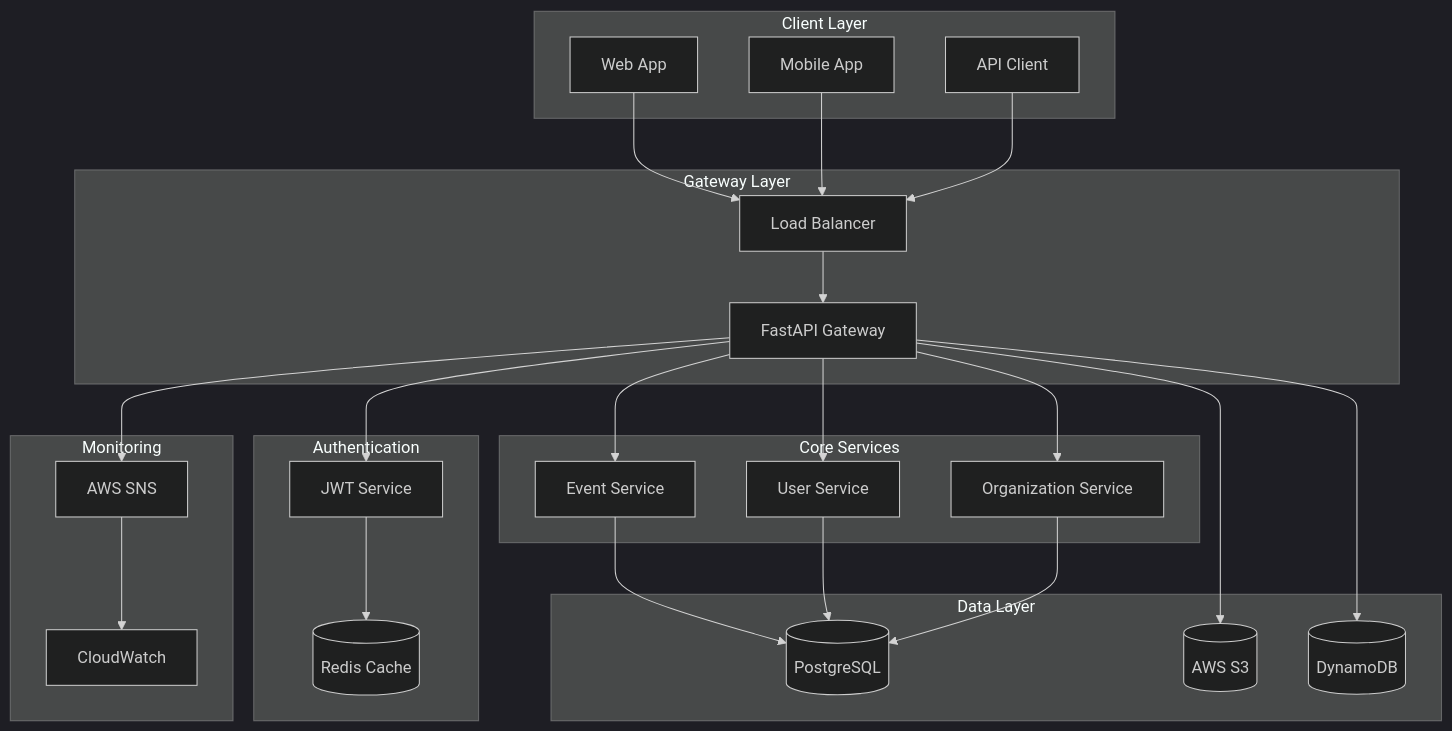
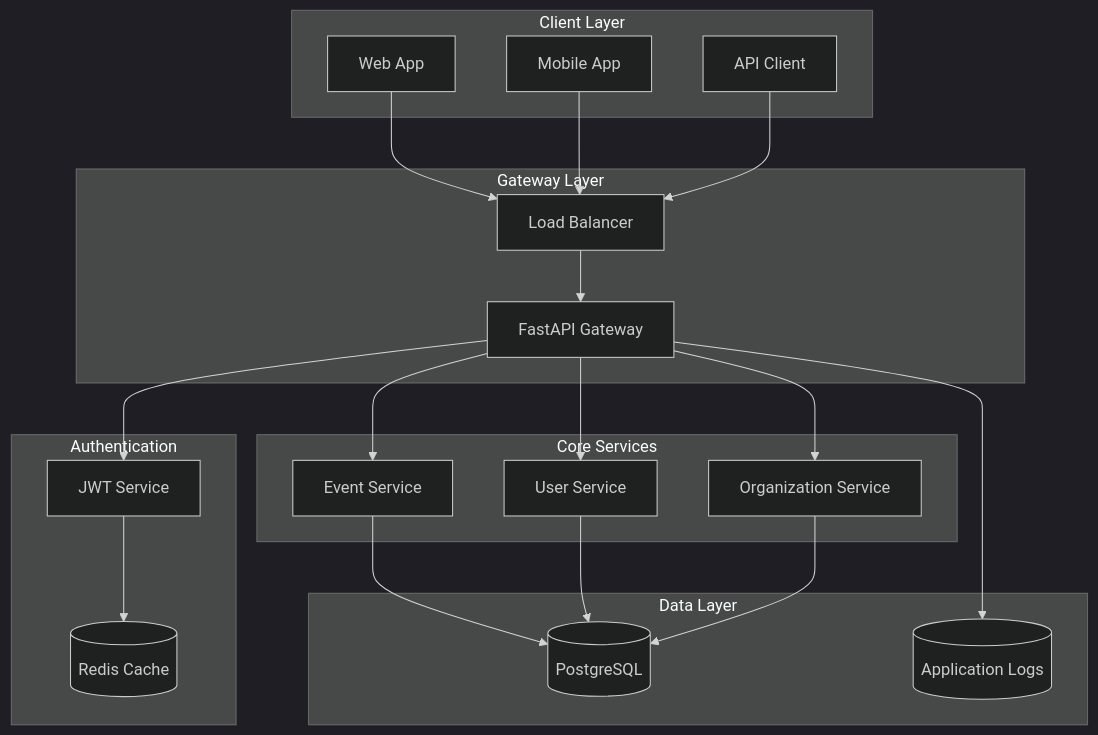
Before and after one commit to saad1901/Smart-Resource-Access-Gateway: the third of 3 diagrams in readme.md, drawn with Mermaid (dark theme). The commit also changed other lines of this file, not shown here.

````diff
--- a/readme.md
+++ b/readme.md
@@ -414,57 +408,47 @@
 ```mermaid
 graph TB
     subgraph "Client Layer"
         Web[Web App]
         Mobile[Mobile App]
         API_Client[API Client]
     end
     
     subgraph "Gateway Layer"
         LB[Load Balancer]
         Gateway[FastAPI Gateway]
     end
     
     subgraph "Authentication"
         JWT[JWT Service]
         Redis[(Redis Cache)]
     end
     
     subgraph "Core Services"
         Events[Event Service]
         Users[User Service]
         Org[Organization Service]
     end
     
     subgraph "Data Layer"
         DB[(PostgreSQL)]
-        S3[(AWS S3)]
-        DynamoDB[(DynamoDB)]
-    end
-    
-    subgraph "Monitoring"
-        SNS[AWS SNS]
-        Logs[CloudWatch]
+        Logs[(Application Logs)]
     end
     
     Web --> LB
     Mobile --> LB
     API_Client --> LB
     
     LB --> Gateway
     Gateway --> JWT
     JWT --> Redis
     
     Gateway --> Events
     Gateway --> Users
     Gateway --> Org
     
     Events --> DB
     Users --> DB
     Org --> DB
     
-    Gateway --> S3
-    Gateway --> DynamoDB
-    Gateway --> SNS
-    
-    SNS --> Logs
+    Gateway --> Logs
 ```
````
